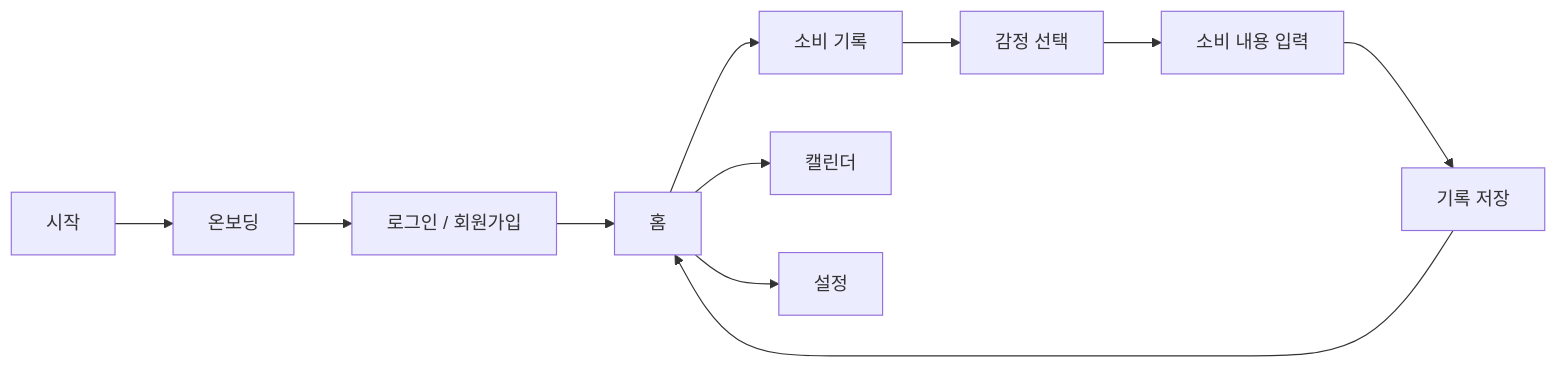
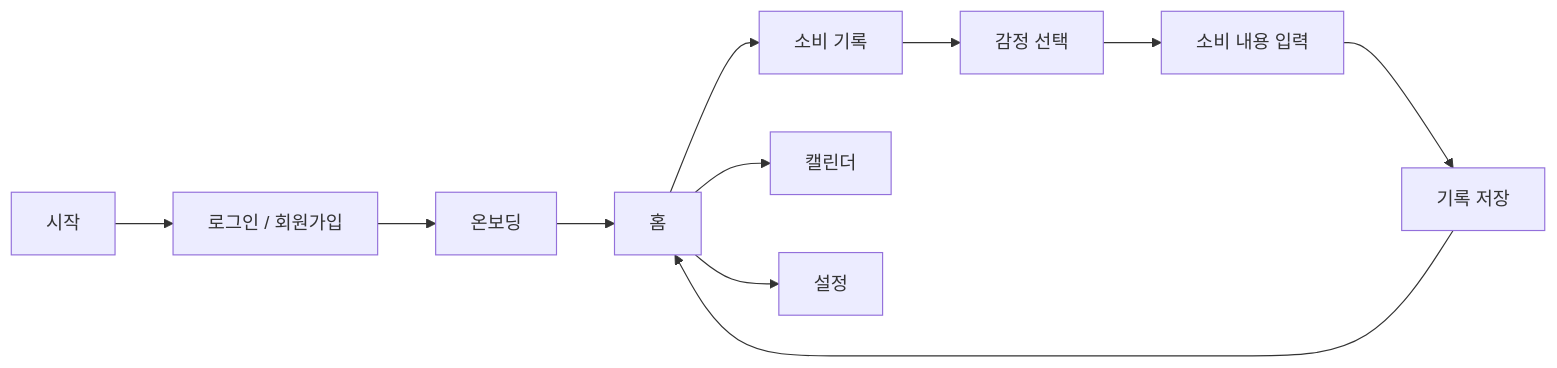
One commit to hyunjaeha/moodget changed the first of 5 diagrams in README.md. Above: the diagram before and after it, drawn with Mermaid. The commit also changed other lines of this file, not shown here.

````diff
--- a/README.md
+++ b/README.md
@@ -56,14 +56,15 @@
 ```mermaid
 flowchart LR
-    A[시작] --> B[온보딩]
-    B --> C[로그인 / 회원가입]
+    A[시작] --> B[로그인 / 회원가입]
+    B --> C[온보딩]
     C --> D[홈]
+
     D --> E[소비 기록]
     D --> F[캘린더]
     D --> G[설정]
 
     E --> H[감정 선택]
     H --> I[소비 내용 입력]
     I --> J[기록 저장]
     J --> D
 ```
````
